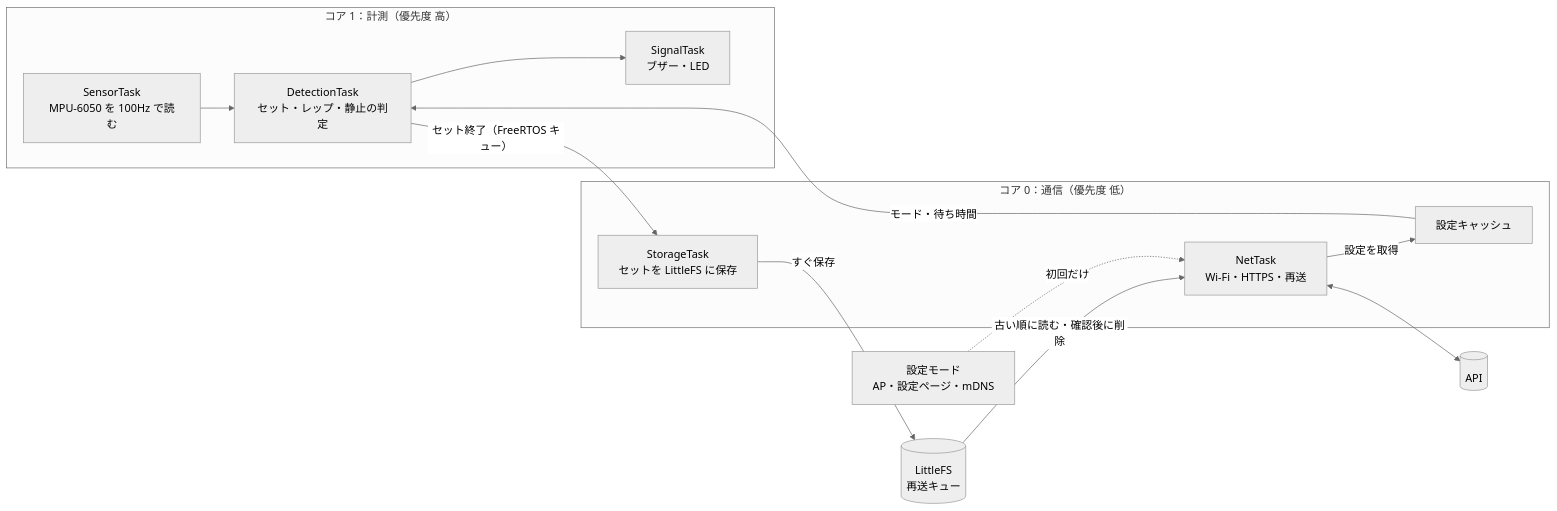
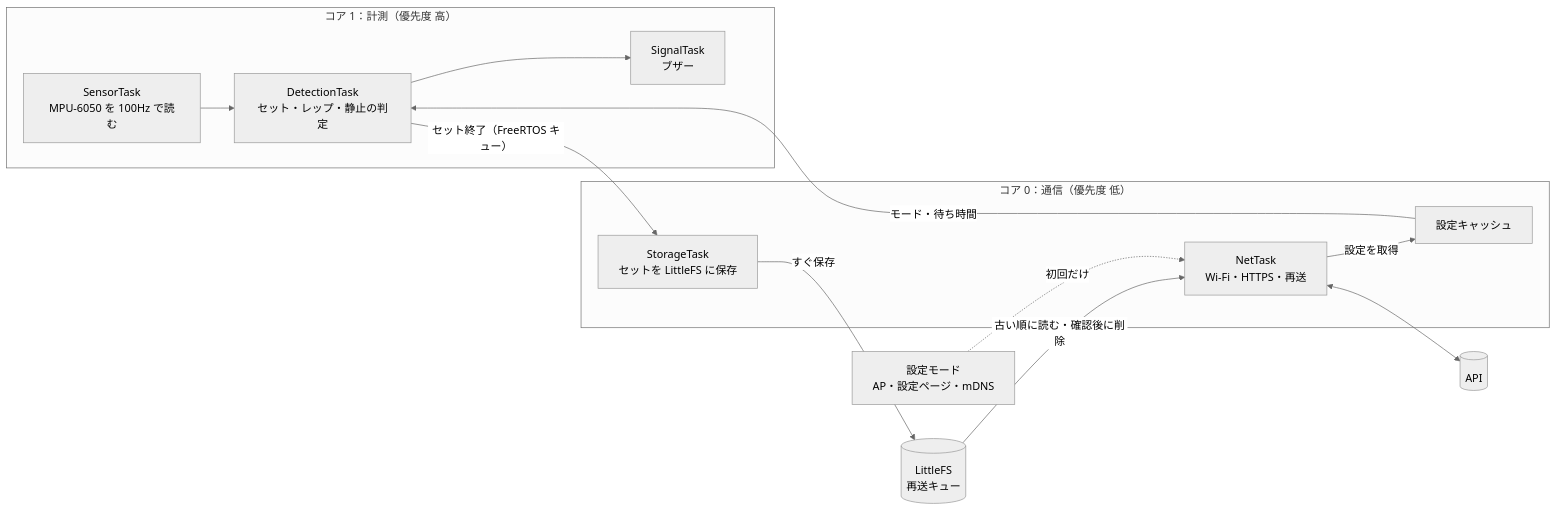
One commit to hayate5967/press-call changed the second of 6 diagrams in docs/architecture.md. Above: the diagram before and after it, drawn with Mermaid (neutral theme). The commit also changed other lines of this file and 6 other files, not shown here.

````diff
--- a/docs/architecture.md
+++ b/docs/architecture.md
@@ -43,19 +43,19 @@
 ```mermaid
 flowchart LR
   subgraph core1["コア 1：計測（優先度 高）"]
     S["SensorTask<br/>MPU-6050 を 100Hz で読む"] --> D["DetectionTask<br/>セット・レップ・静止の判定"]
-    D --> SG["SignalTask<br/>ブザー・LED"]
+    D --> SG["SignalTask<br/>ブザー"]
   end
   subgraph core0["コア 0：通信（優先度 低）"]
     ST["StorageTask<br/>セットを LittleFS に保存"]
     N["NetTask<br/>Wi-Fi・HTTPS・再送"]
     C["設定キャッシュ"]
   end
   D -- "セット終了（FreeRTOS キュー）" --> ST
   ST -- "すぐ保存" --> Q[("LittleFS<br/>再送キュー")]
   Q -- "古い順に読む・確認後に削除" --> N
   N -- "設定を取得" --> C
   C -- "モード・待ち時間" --> D
   N <--> API[("API")]
   SM["設定モード<br/>AP・設定ページ・mDNS"] -. "初回だけ" .-> N
 ```
````
